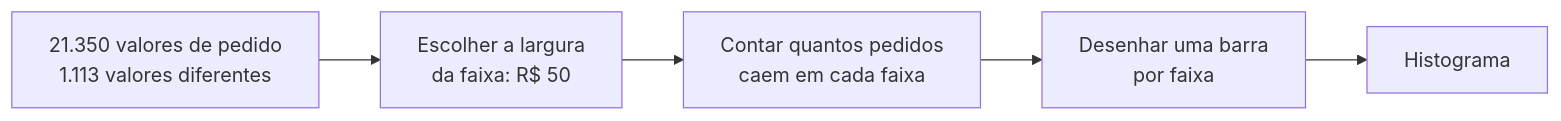
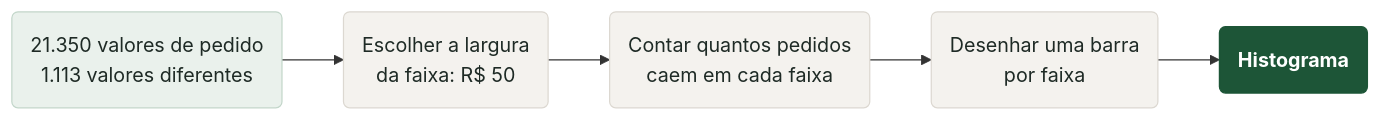
Before and after one commit to klein-natan/IA-Dados-GitBook: the first of 3 diagrams in aula-04-analise-dados-continuos/README.md, drawn with Mermaid. The commit also changed other lines of this file and 4 other files, not shown here.

````diff
--- a/aula-04-analise-dados-continuos/README.md
+++ b/aula-04-analise-dados-continuos/README.md
@@ -32,7 +32,14 @@
 ```mermaid
+%%{init:{"theme":"base","themeVariables":{"fontFamily":"Inter,'Segoe UI','Liberation Sans',Helvetica,Arial,sans-serif","fontSize":"15px","primaryColor":"#F4F2EE","primaryTextColor":"#1E2A25","primaryBorderColor":"#CBD8D0","lineColor":"#8A9A90","secondaryColor":"#EDF2EE","tertiaryColor":"#FFFFFF","clusterBkg":"#F8F7F4","clusterBorder":"#E2DED7","edgeLabelBackground":"#FFFFFF"},"flowchart":{"nodeSpacing":28,"rankSpacing":38,"padding":14,"curve":"basis"}}}%%
 flowchart LR
-    A["21.350 valores de pedido<br/>1.113 valores diferentes"] --> B["Escolher a largura<br/>da faixa: R$ 50"]
-    B --> C["Contar quantos pedidos<br/>caem em cada faixa"]
-    C --> D["Desenhar uma barra<br/>por faixa"]
-    D --> E["Histograma"]
+    A("21.350 valores de pedido<br/>1.113 valores diferentes") --> B("Escolher a largura<br/>da faixa: R$ 50")
+    B --> C("Contar quantos pedidos<br/>caem em cada faixa")
+    C --> D("Desenhar uma barra<br/>por faixa")
+    D --> E("<b>Histograma</b>")
+    classDef destaque fill:#1D5537,stroke:#1D5537,color:#FFFFFF;
+    classDef neutro fill:#F4F2EE,stroke:#DCD8D1,color:#1E2A25;
+    classDef nevoa fill:#EAF1EC,stroke:#C3D6CA,color:#1E2A25;
+    class A nevoa
+    class B,C,D neutro
+    class E destaque
 ```
````
